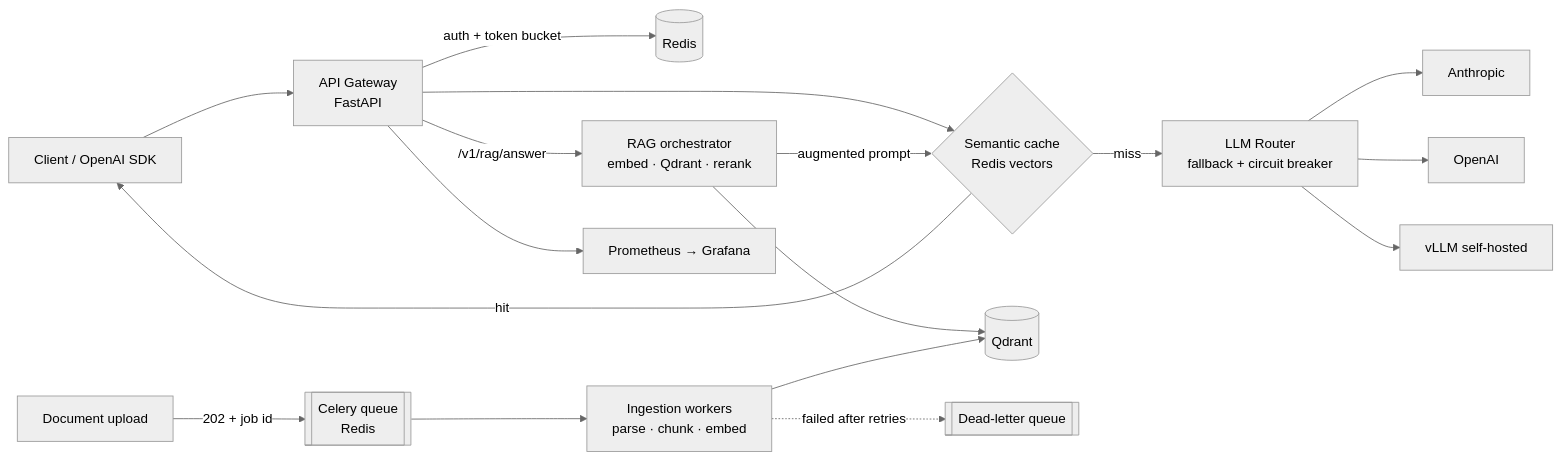
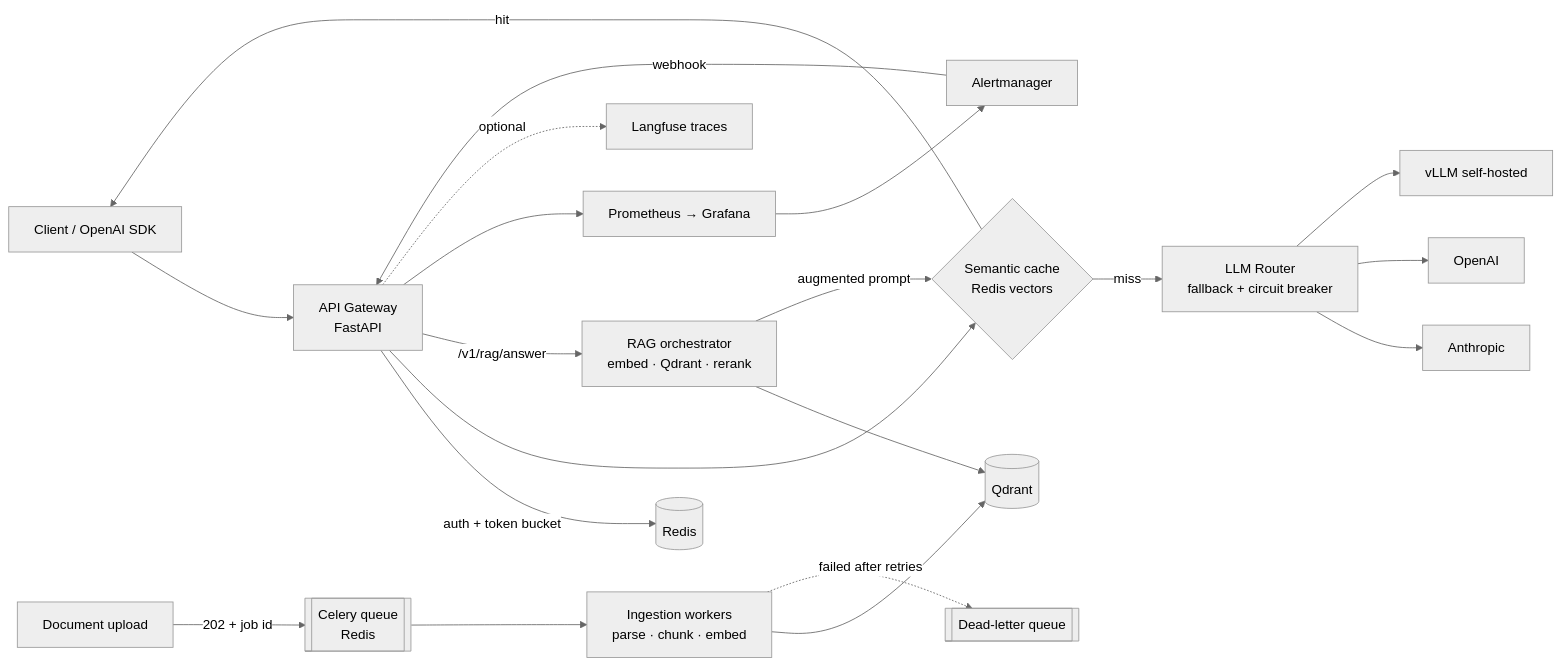
Before and after one commit to ardhendudebnath/llm-gateway-rag: the diagram in README.md, drawn with Mermaid (neutral theme). The commit also changed other lines of this file and 26 other files, not shown here.

````diff
--- a/README.md
+++ b/README.md
@@ -7,19 +7,21 @@
 ```mermaid
 flowchart LR
     C[Client / OpenAI SDK] --> G[API Gateway<br/>FastAPI]
     G -->|auth + token bucket| R[(Redis)]
     G --> SC{Semantic cache<br/>Redis vectors}
     SC -- hit --> C
     SC -- miss --> RT[LLM Router<br/>fallback + circuit breaker]
     RT --> A[Anthropic]
     RT --> O[OpenAI]
     RT --> V[vLLM self-hosted]
     G -->|/v1/rag/answer| RAG[RAG orchestrator<br/>embed · Qdrant · rerank]
     RAG --> QD[(Qdrant)]
     RAG -->|augmented prompt| SC
     U[Document upload] -->|202 + job id| Q[[Celery queue<br/>Redis]]
     Q --> W[Ingestion workers<br/>parse · chunk · embed]
     W --> QD
     W -. failed after retries .-> DLQ[[Dead-letter queue]]
     G --> P[Prometheus → Grafana]
+    P --> AM[Alertmanager] -->|webhook| G
+    G -. optional .-> LF[Langfuse traces]
 ```
````
